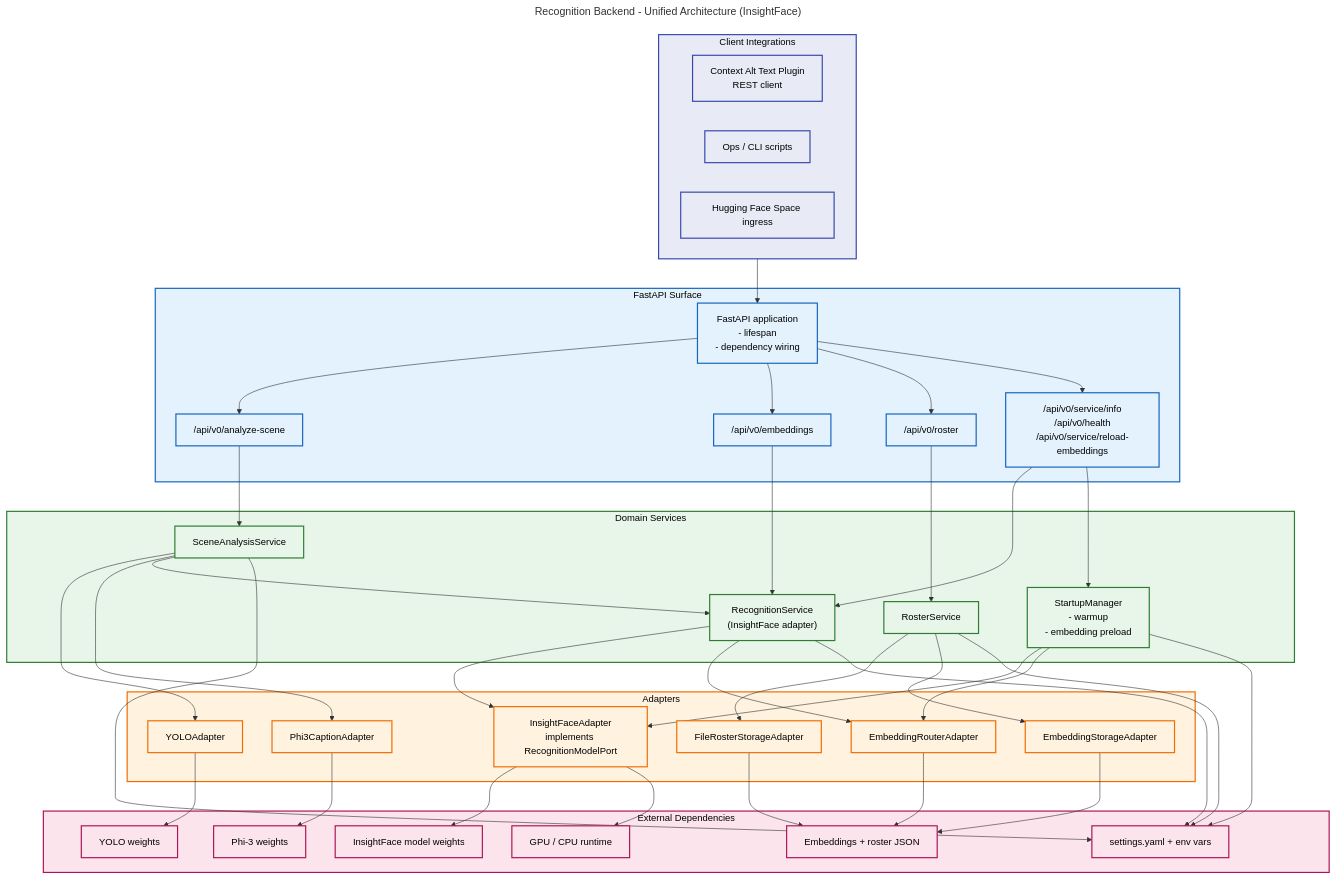
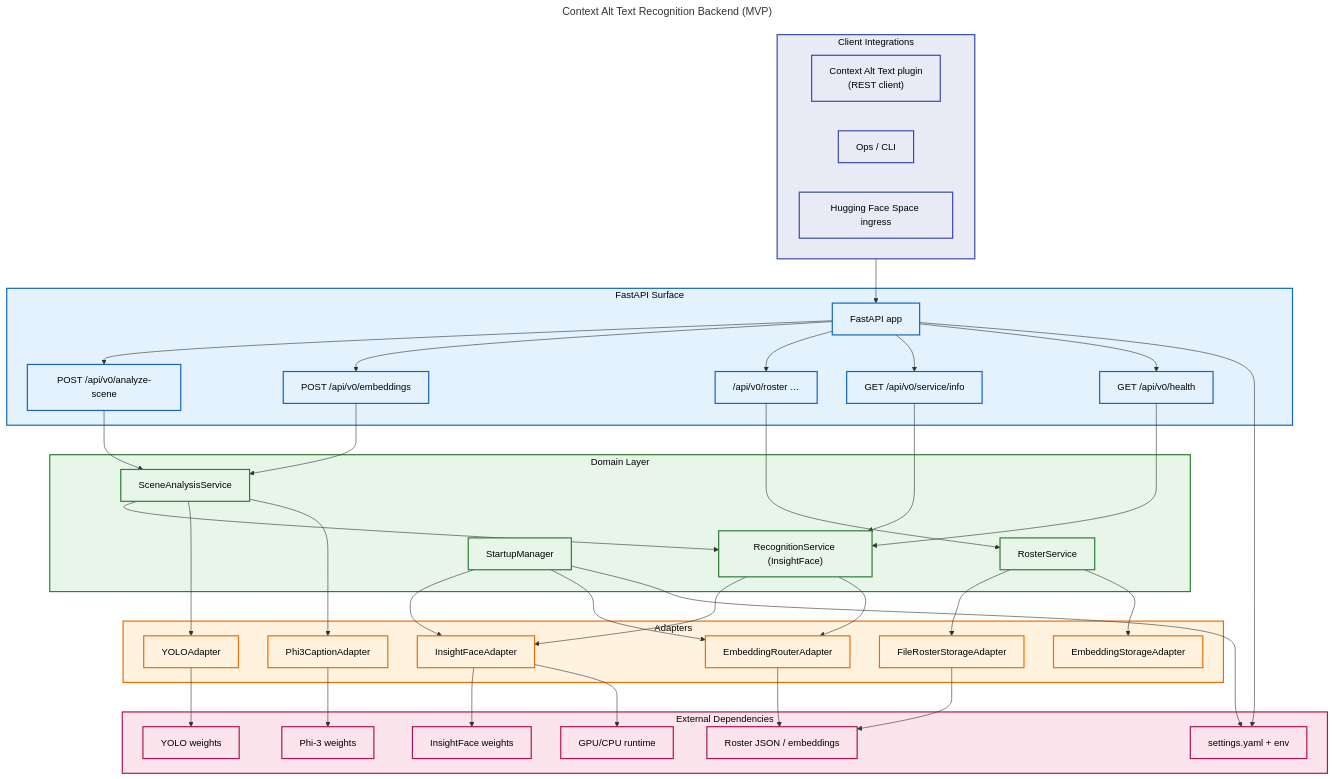
Before and after one commit to darce/context-alt-text-monorepo: the diagram in docs/architecture/backend-uml/unified_architecture.mermaid, drawn with Mermaid. The commit also changed 5 other files, not shown here.

Commit message:
docs(recognition): consolidate MVP docs and UML diagrams

```diff
--- a/docs/architecture/backend-uml/unified_architecture.mermaid
+++ b/docs/architecture/backend-uml/unified_architecture.mermaid
@@ -1,98 +1,96 @@
 ---
-title: Recognition Backend - Unified Architecture (InsightFace)
+title: Context Alt Text Recognition Backend (MVP)
 ---
 flowchart TB
     %% Clients
     subgraph clients["Client Integrations"]
-        wp_plugin["Context Alt Text Plugin\nREST client"]
-        ops_cli["Ops / CLI scripts"]
-        hf_space["Hugging Face Space ingress"]
+        wp_plugin["Context Alt Text plugin\n(REST client)"]
+        ops_cli["Ops / CLI"]
+        hugging_face["Hugging Face Space ingress"]
     end
 
     %% API Layer
     subgraph api["FastAPI Surface"]
-        fastapi_app["FastAPI application\n- lifespan\n- dependency wiring"]
-        analyze_route["/api/v0/analyze-scene"]
-        embeddings_route["/api/v0/embeddings"]
-        roster_route["/api/v0/roster"]
-        health_route["/api/v0/service/info\n/api/v0/health\n/api/v0/service/reload-embeddings"]
+        fastapi_app["FastAPI app"]
+        analyze_scene_route["POST /api/v0/analyze-scene"]
+        embeddings_route["POST /api/v0/embeddings"]
+        roster_routes["/api/v0/roster …"]
+        service_info_route["GET /api/v0/service/info"]
+        health_route["GET /api/v0/health"]
     end
 
     %% Domain Services
-    subgraph domain["Domain Services"]
+    subgraph domain["Domain Layer"]
         scene_service["SceneAnalysisService"]
-        recognition_service["RecognitionService\n(InsightFace adapter)"]
+        recognition_service["RecognitionService (InsightFace)"]
         roster_service["RosterService"]
-        startup_manager["StartupManager\n- warmup\n- embedding preload"]
+        startup_manager["StartupManager"]
     end
 
     %% Adapters
     subgraph adapters["Adapters"]
         yolo_adapter["YOLOAdapter"]
         caption_adapter["Phi3CaptionAdapter"]
-        recognition_adapter["InsightFaceAdapter\nimplements RecognitionModelPort"]
+        insightface_adapter["InsightFaceAdapter"]
         embedding_adapter["EmbeddingRouterAdapter"]
         roster_storage["FileRosterStorageAdapter"]
         embedding_storage["EmbeddingStorageAdapter"]
     end
 
-    %% External
+    %% External Systems
     subgraph external["External Dependencies"]
-        insightface_weights["InsightFace model weights"]
+        settings_yaml["settings.yaml + env"]
+        insightface_weights["InsightFace weights"]
         yolo_weights["YOLO weights"]
         phi3_weights["Phi-3 weights"]
-        roster_files["Embeddings + roster JSON"]
-        settings_store["settings.yaml + env vars"]
-        gpu_hardware["GPU / CPU runtime"]
+        roster_files["Roster JSON / embeddings"]
+        hardware["GPU/CPU runtime"]
     end
 
-    %% Connections
     clients --> fastapi_app
-    fastapi_app --> analyze_route
+    fastapi_app --> analyze_scene_route
     fastapi_app --> embeddings_route
-    fastapi_app --> roster_route
+    fastapi_app --> roster_routes
+    fastapi_app --> service_info_route
     fastapi_app --> health_route
 
-    analyze_route --> scene_service
-    embeddings_route --> recognition_service
-    roster_route --> roster_service
+    analyze_scene_route --> scene_service
+    embeddings_route --> scene_service
+    roster_routes --> roster_service
+    service_info_route --> recognition_service
     health_route --> recognition_service
-    health_route --> startup_manager
 
+    scene_service --> recognition_service
     scene_service --> yolo_adapter
     scene_service --> caption_adapter
-    scene_service --> recognition_service
 
-    recognition_service --> recognition_adapter
+    recognition_service --> insightface_adapter
     recognition_service --> embedding_adapter
-
-    startup_manager --> recognition_adapter
-    startup_manager --> embedding_adapter
 
     roster_service --> roster_storage
     roster_service --> embedding_storage
 
-    recognition_adapter --> insightface_weights
-    embedding_adapter --> roster_files
+    startup_manager --> insightface_adapter
+    startup_manager --> embedding_adapter
+
     yolo_adapter --> yolo_weights
     caption_adapter --> phi3_weights
+    insightface_adapter --> insightface_weights
+    embedding_adapter --> roster_files
     roster_storage --> roster_files
-    embedding_storage --> roster_files
 
-    startup_manager --> settings_store
-    recognition_service --> settings_store
-    scene_service --> settings_store
-    roster_service --> settings_store
-    recognition_adapter --> gpu_hardware
+    fastapi_app --> settings_yaml
+    startup_manager --> settings_yaml
+    insightface_adapter --> hardware
 
     classDef clientsClass fill:#e8eaf6,stroke:#3949ab,color:#000,stroke-width:2px
     classDef apiClass fill:#e3f2fd,stroke:#1565c0,color:#000,stroke-width:2px
     classDef domainClass fill:#e8f5e9,stroke:#2e7d32,color:#000,stroke-width:2px
     classDef adapterClass fill:#fff3e0,stroke:#ef6c00,color:#000,stroke-width:2px
     classDef externalClass fill:#fce4ec,stroke:#ad1457,color:#000,stroke-width:2px
 
-    class clients,wp_plugin,ops_cli,hf_space clientsClass
-    class api,fastapi_app,analyze_route,embeddings_route,roster_route,health_route apiClass
+    class clients,wp_plugin,ops_cli,hugging_face clientsClass
+    class api,fastapi_app,analyze_scene_route,embeddings_route,roster_routes,service_info_route,health_route apiClass
     class domain,scene_service,recognition_service,roster_service,startup_manager domainClass
-    class adapters,yolo_adapter,caption_adapter,recognition_adapter,embedding_adapter,roster_storage,embedding_storage adapterClass
-    class external,insightface_weights,yolo_weights,phi3_weights,roster_files,settings_store,gpu_hardware externalClass
+    class adapters,yolo_adapter,caption_adapter,insightface_adapter,embedding_adapter,roster_storage,embedding_storage adapterClass
+    class external,settings_yaml,insightface_weights,yolo_weights,phi3_weights,roster_files,hardware externalClass
```
